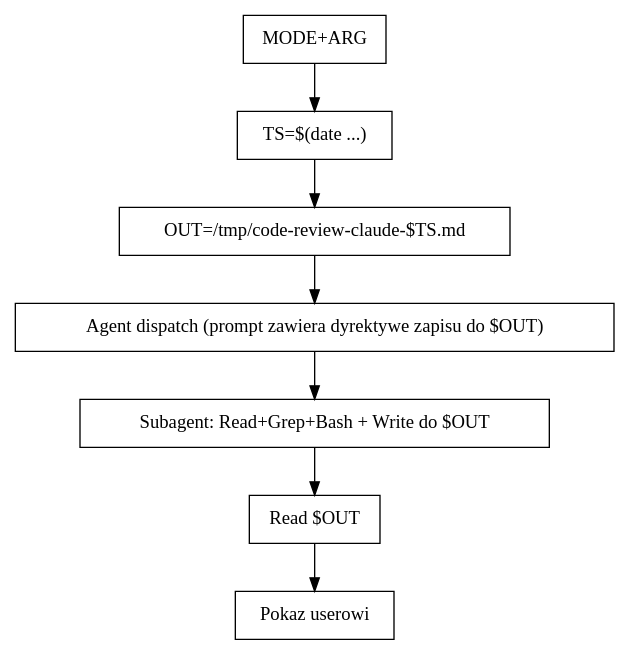
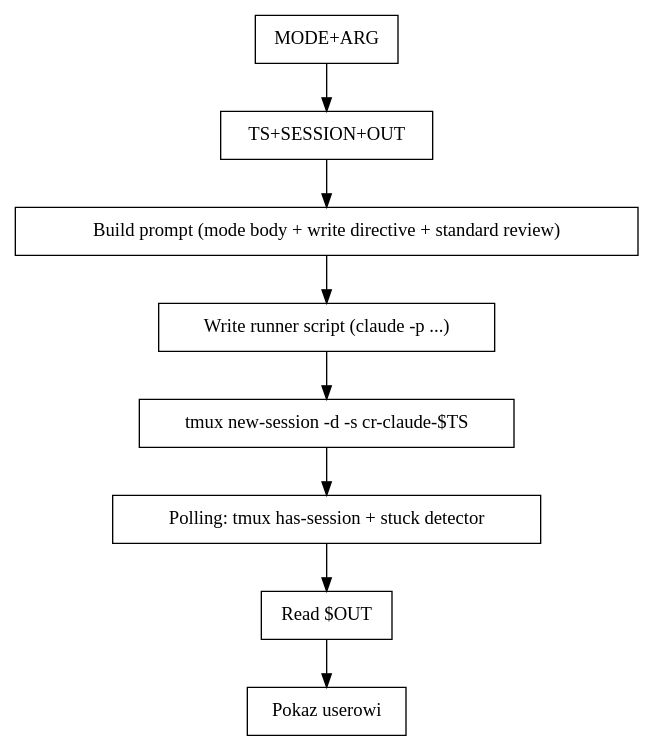
One commit to iplweb/claude-skills changed the diagram in plugins/code-review-external/skills/code-review-claude/SKILL.md. Above: the diagram before and after it, drawn with Graphviz. The commit also changed other lines of this file and 14 other files, not shown here.

````diff
--- a/plugins/code-review-external/skills/code-review-claude/SKILL.md
+++ b/plugins/code-review-external/skills/code-review-claude/SKILL.md
@@ -32,18 +58,20 @@
 ```dot
 digraph flow {
   "MODE+ARG" [shape=box];
-  "TS=$(date ...)" [shape=box];
-  "OUT=/tmp/code-review-claude-$TS.md" [shape=box];
-  "Agent dispatch (prompt zawiera dyrektywe zapisu do $OUT)" [shape=box];
-  "Subagent: Read+Grep+Bash + Write do $OUT" [shape=box];
+  "TS+SESSION+OUT" [shape=box];
+  "Build prompt (mode body + write directive + standard review)" [shape=box];
+  "Write runner script (claude -p ...)" [shape=box];
+  "tmux new-session -d -s cr-claude-$TS" [shape=box];
+  "Polling: tmux has-session + stuck detector" [shape=box];
   "Read $OUT" [shape=box];
   "Pokaz userowi" [shape=box];
 
-  "MODE+ARG" -> "TS=$(date ...)";
-  "TS=$(date ...)" -> "OUT=/tmp/code-review-claude-$TS.md";
-  "OUT=/tmp/code-review-claude-$TS.md" -> "Agent dispatch (prompt zawiera dyrektywe zapisu do $OUT)";
-  "Agent dispatch (prompt zawiera dyrektywe zapisu do $OUT)" -> "Subagent: Read+Grep+Bash + Write do $OUT";
-  "Subagent: Read+Grep+Bash + Write do $OUT" -> "Read $OUT";
+  "MODE+ARG" -> "TS+SESSION+OUT";
+  "TS+SESSION+OUT" -> "Build prompt (mode body + write directive + standard review)";
+  "Build prompt (mode body + write directive + standard review)" -> "Write runner script (claude -p ...)";
+  "Write runner script (claude -p ...)" -> "tmux new-session -d -s cr-claude-$TS";
+  "tmux new-session -d -s cr-claude-$TS" -> "Polling: tmux has-session + stuck detector";
+  "Polling: tmux has-session + stuck detector" -> "Read $OUT";
   "Read $OUT" -> "Pokaz userowi";
 }
 ```
````
